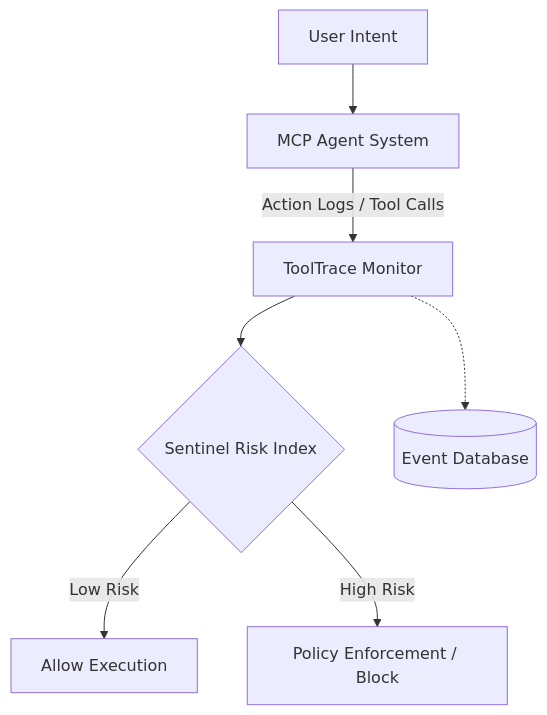
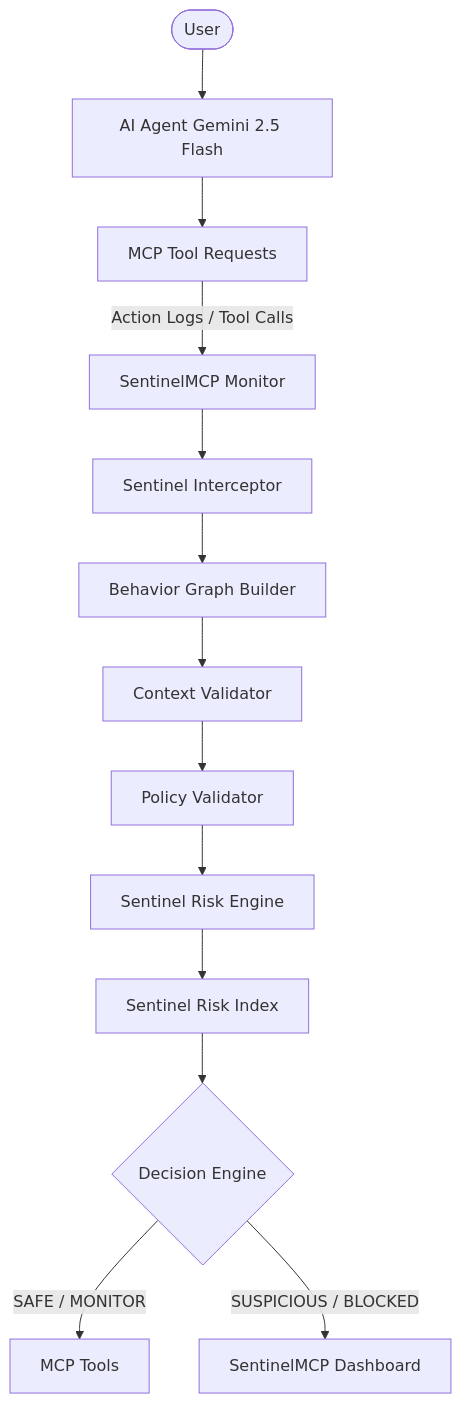
The diagram in README.md (kani202613/Sentinel-MCP), drawn with Mermaid before and after one commit. The commit also changed other lines of this file and 6 other files, not shown here.

Commit message:
refactor: update application branding to SentinelMCP

````diff
--- a/README.md
+++ b/README.md
@@ -7,9 +7,15 @@
 ```mermaid
-graph TD
-    UserIntent[User Intent] --> MCP[MCP Agent System]
-    MCP -->|Action Logs / Tool Calls| TT[ToolTrace Monitor]
-    TT --> SRI{Sentinel Risk Index}
-    SRI -->|Low Risk| Allow[Allow Execution]
-    SRI -->|High Risk| Block[Policy Enforcement / Block]
-    TT -.-> DB[(Event Database)]
+flowchart TD
+    User([User]) --> Agent[AI Agent Gemini 2.5 Flash]
+    Agent --> MCP[MCP Tool Requests]
+    MCP -->|Action Logs / Tool Calls| SM[SentinelMCP Monitor]
+    SM --> Interceptor[Sentinel Interceptor]
+    Interceptor --> GraphBuilder[Behavior Graph Builder]
+    GraphBuilder --> Context[Context Validator]
+    Context --> Policy[Policy Validator]
+    Policy --> RiskEngine[Sentinel Risk Engine]
+    RiskEngine --> SRI[Sentinel Risk Index]
+    SRI --> Decision{Decision Engine}
+    Decision -->|SAFE / MONITOR| Tools[MCP Tools]
+    Decision -->|SUSPICIOUS / BLOCKED| Dashboard[SentinelMCP Dashboard]
 ```
````
